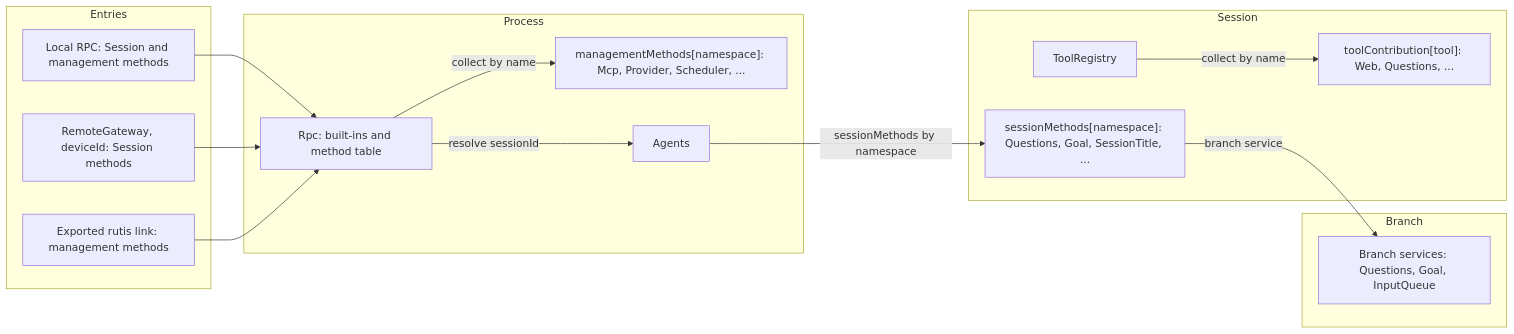
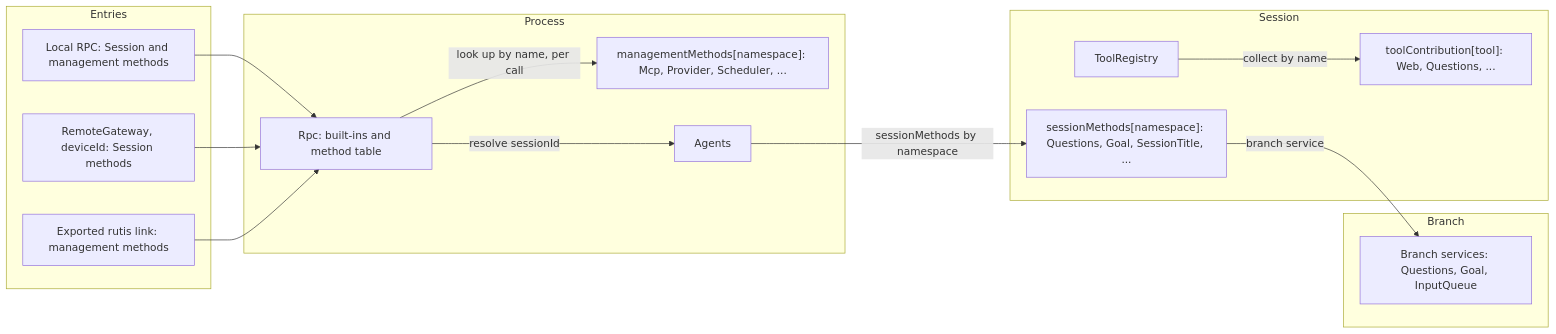
Before and after one commit to CoutinhoTTS/dim-agent: the first of 3 diagrams in docs/design/contracts/session-boundary.md, drawn with Mermaid. The commit also changed other lines of this file and 15 other files, not shown here.

First line of the commit message:
docs(design): look up managementMethods per call instead of gating Rpc

````diff
--- a/docs/design/contracts/session-boundary.md
+++ b/docs/design/contracts/session-boundary.md
@@ -21,29 +21,29 @@
 ```mermaid
 flowchart LR
   subgraph ENT["Entries"]
     Local["Local RPC: Session and management methods"]
     Remote["RemoteGateway, deviceId: Session methods"]
     Link["Exported rutis link: management methods"]
   end
   subgraph PROC["Process"]
     Rpc["Rpc: built-ins and method table"]
     MM["managementMethods[namespace]: Mcp, Provider, Scheduler, ..."]
     AI["Agents"]
   end
   subgraph SES["Session"]
     SM["sessionMethods[namespace]: Questions, Goal, SessionTitle, ..."]
     TR["ToolRegistry"]
     TC2["toolContribution[tool]: Web, Questions, ..."]
   end
   subgraph BR["Branch"]
     BS["Branch services: Questions, Goal, InputQueue"]
   end
   Local --> Rpc
   Remote --> Rpc
   Link --> Rpc
-  Rpc -->|"collect by name"| MM
+  Rpc -->|"look up by name, per call"| MM
   Rpc -->|"resolve sessionId"| AI
   AI -->|"sessionMethods by namespace"| SM
   SM -->|"branch service"| BS
   TR -->|"collect by name"| TC2
 ```
````
